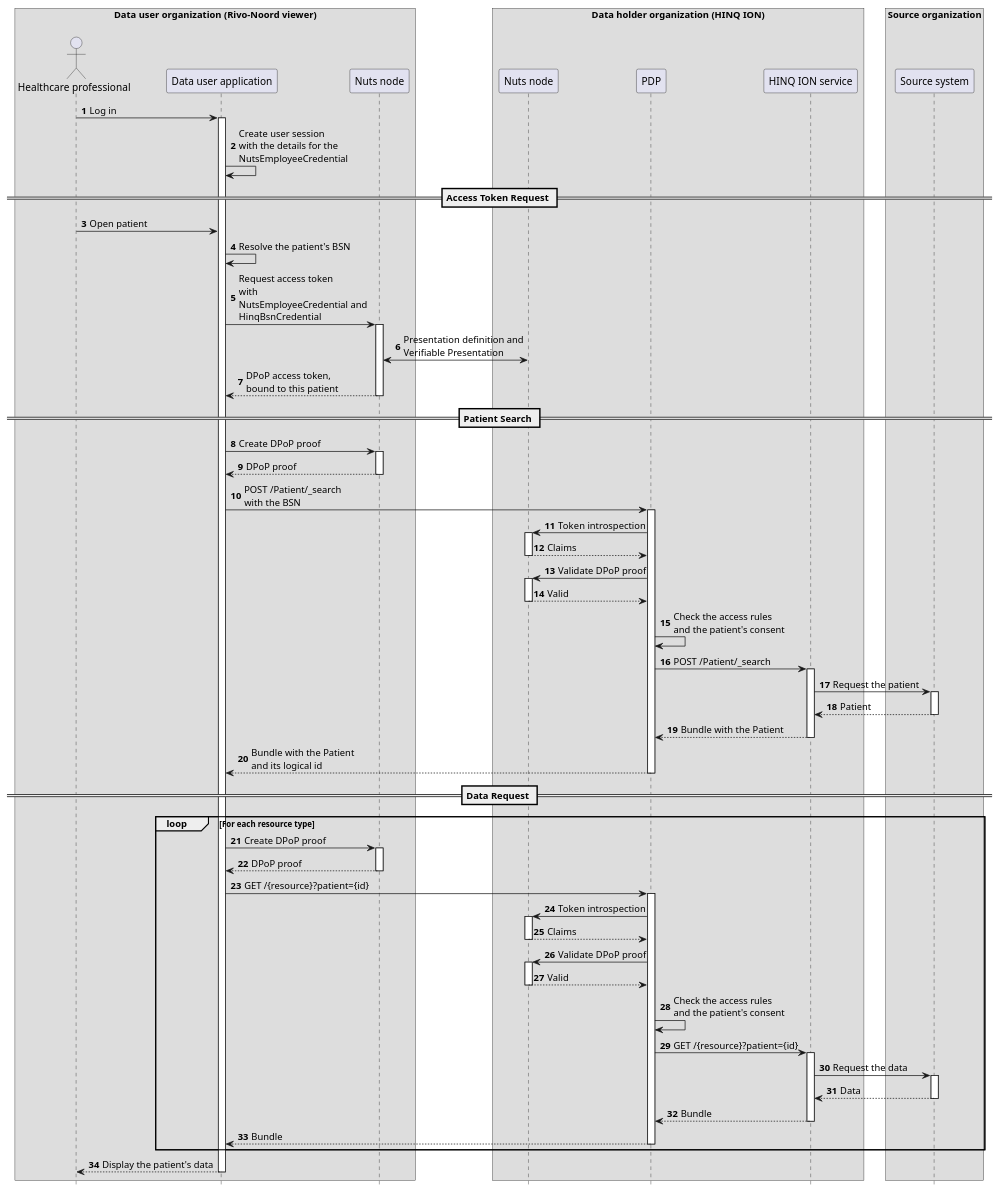
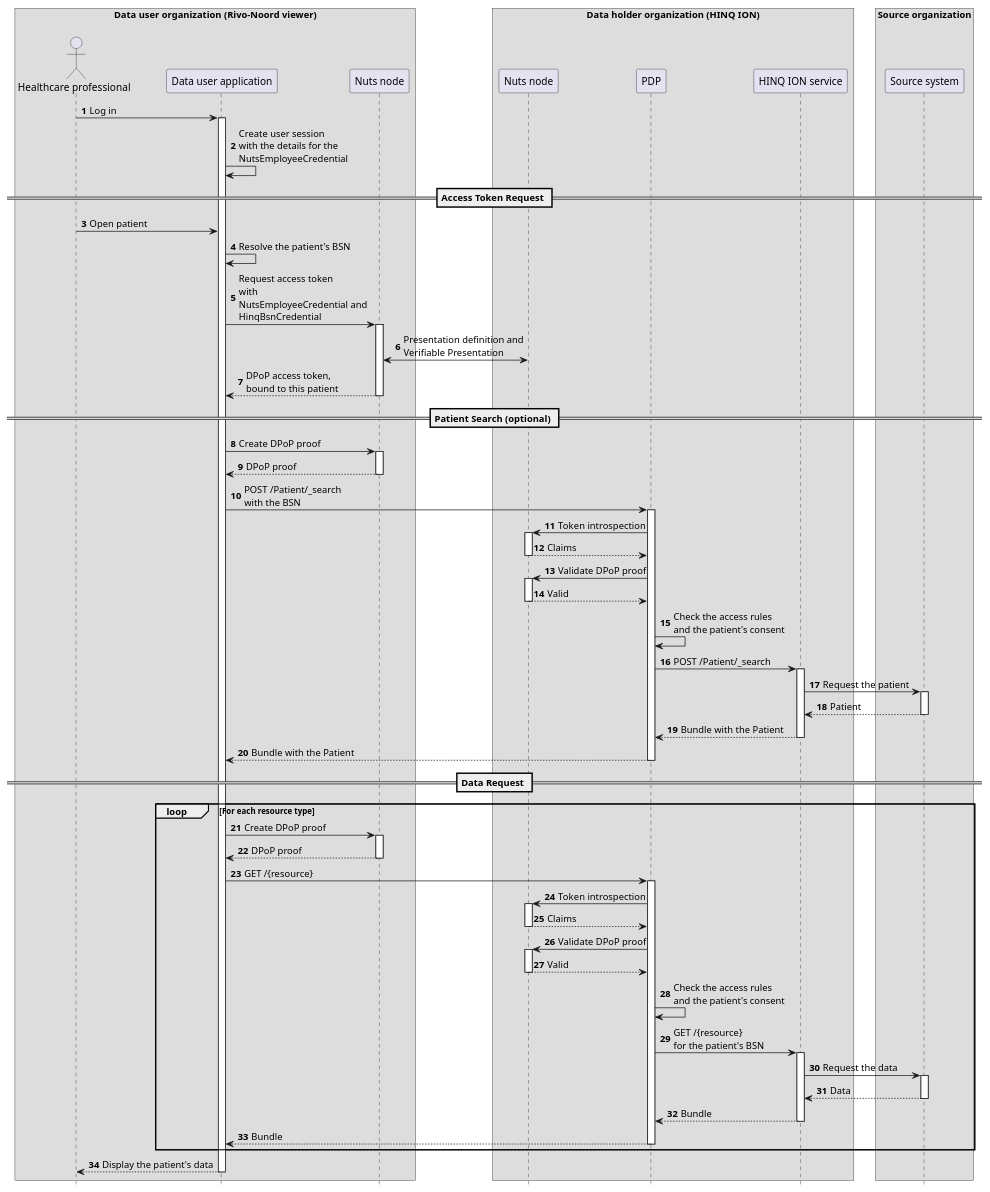
Before and after one commit to formelio/nl-hinq-ion-inzage-ig: the diagram in input/images-source/sequence-diagram-pull.plantuml, drawn with PlantUML. The commit also changed 7 other files, not shown here.

```diff
--- a/input/images-source/sequence-diagram-pull.plantuml
+++ b/input/images-source/sequence-diagram-pull.plantuml
@@ -1,71 +1,71 @@
 @startuml
 hide footbox
 autonumber
 skinparam BoxPadding 10
 skinparam ParticipantPadding 5
 skinparam maxMessageSize 180
 
 box Data user organization (Rivo-Noord viewer)\n
 actor "Healthcare professional" as User
 participant "Data user application" as App
 participant "Nuts node" as UserNode
 end box
 
 box Data holder organization (HINQ ION)\n
 participant "Nuts node" as HolderNode
 participant "PDP" as PDP
 participant "HINQ ION service" as Ion
 end box
 
 box Source organization\n
 participant "Source system" as Src
 end box
 
 User -> App ++ : Log in
 App -> App : Create user session\nwith the details for the NutsEmployeeCredential
 
 == Access Token Request ==
 
 User -> App : Open patient
 App -> App : Resolve the patient's BSN
 App -> UserNode ++ : Request access token\nwith NutsEmployeeCredential and HinqBsnCredential
 UserNode <-> HolderNode : Presentation definition and\nVerifiable Presentation
 UserNode --> App -- : DPoP access token,\nbound to this patient
 
-== Patient Search ==
+== Patient Search (optional) ==
 
 App -> UserNode ++ : Create DPoP proof
 UserNode --> App -- : DPoP proof
 App -> PDP ++ : POST /Patient/_search\nwith the BSN
 PDP -> HolderNode ++ : Token introspection
 HolderNode --> PDP -- : Claims
 PDP -> HolderNode ++ : Validate DPoP proof
 HolderNode --> PDP -- : Valid
 PDP -> PDP : Check the access rules\nand the patient's consent
 PDP -> Ion ++ : POST /Patient/_search
 Ion -> Src ++ : Request the patient
 Src --> Ion -- : Patient
 Ion --> PDP -- : Bundle with the Patient
-PDP --> App -- : Bundle with the Patient\nand its logical id
+PDP --> App -- : Bundle with the Patient
 
 == Data Request ==
 
 loop For each resource type
   App -> UserNode ++ : Create DPoP proof
   UserNode --> App -- : DPoP proof
-  App -> PDP ++ : GET /{resource}?patient={id}
+  App -> PDP ++ : GET /{resource}
   PDP -> HolderNode ++ : Token introspection
   HolderNode --> PDP -- : Claims
   PDP -> HolderNode ++ : Validate DPoP proof
   HolderNode --> PDP -- : Valid
   PDP -> PDP : Check the access rules\nand the patient's consent
-  PDP -> Ion ++ : GET /{resource}?patient={id}
+  PDP -> Ion ++ : GET /{resource}\nfor the patient's BSN
   Ion -> Src ++ : Request the data
   Src --> Ion -- : Data
   Ion --> PDP -- : Bundle
   PDP --> App -- : Bundle
 end loop
 
 App --> User -- : Display the patient's data
 
 @enduml
```
